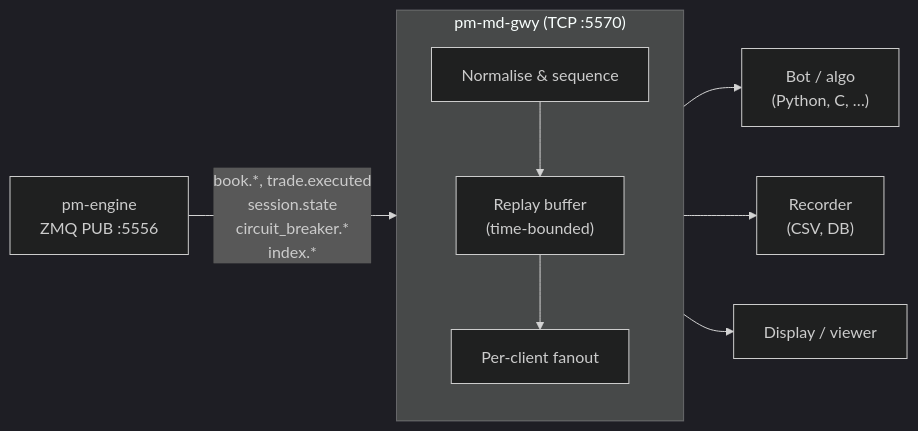
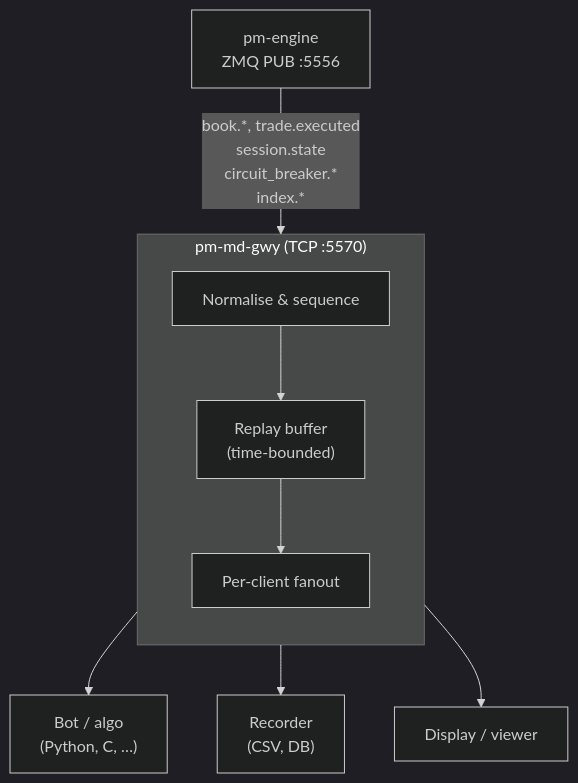
One commit to johan162/EduMatcher changed the first of 2 diagrams in docs/user-guide/20-market-data-feed.md. Above: the diagram before and after it, drawn with Mermaid (dark theme). The commit also changed 2 other files, not shown here.

Commit message:
Harmonize the way the three gateways guides are structured

````diff
--- a/docs/user-guide/20-market-data-feed.md
+++ b/docs/user-guide/20-market-data-feed.md
@@ -26,16 +26,16 @@
 ```mermaid
-flowchart LR
+flowchart TB
     E[pm-engine\nZMQ PUB :5556] -->|"book.*, trade.executed\nsession.state\ncircuit_breaker.*\nindex.*"| G
 
     subgraph G["pm-md-gwy  (TCP :5570)"]
         direction TB
         N["Normalise & sequence"]
         R["Replay buffer\n(time-bounded)"]
         F["Per-client fanout"]
         N --> R --> F
     end
 
     G --> C1["Bot / algo\n(Python, C, …)"]
     G --> C2["Recorder\n(CSV, DB)"]
     G --> C3["Display / viewer"]
 ```
````
